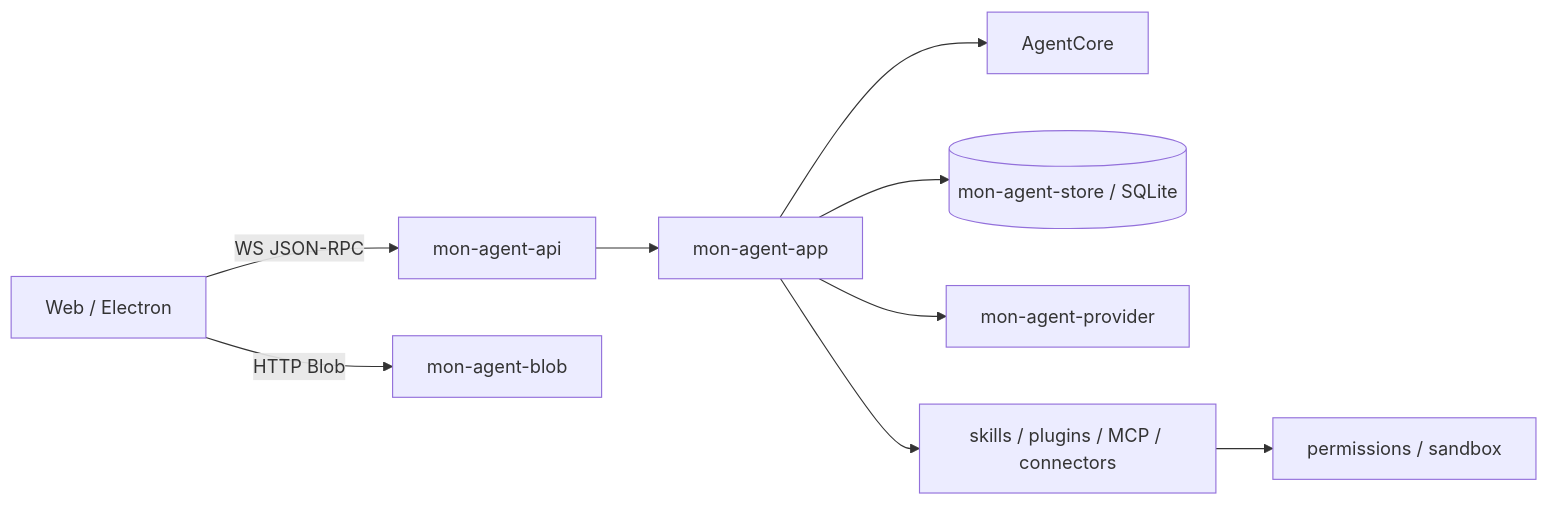
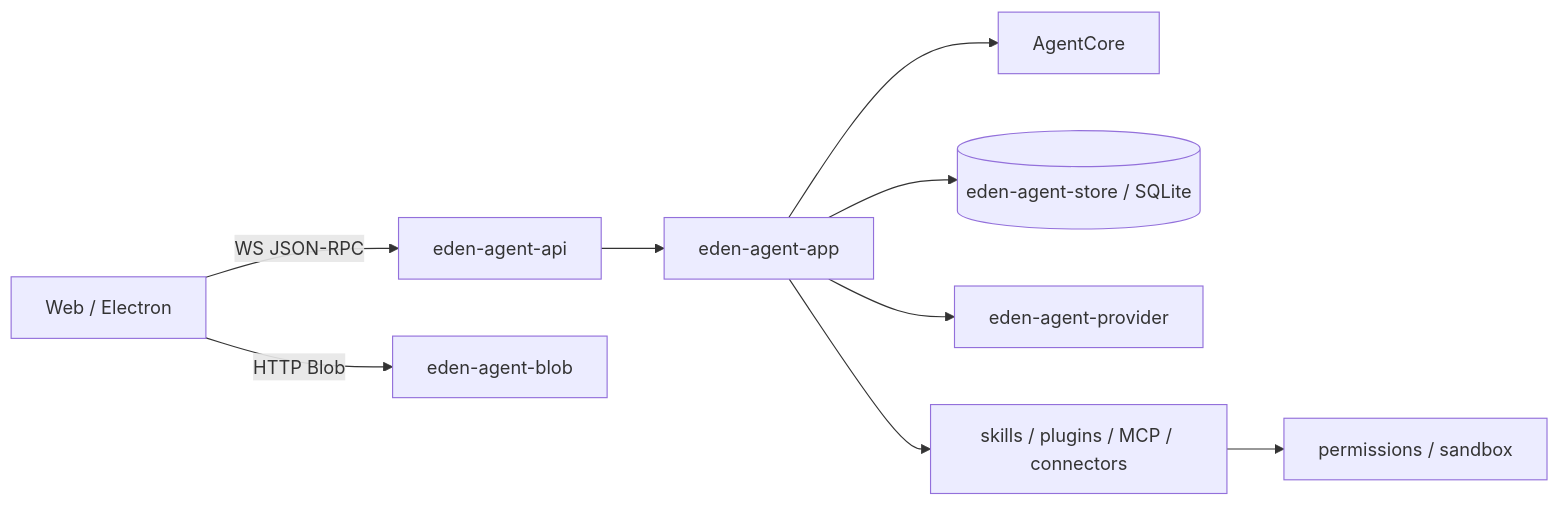
The diagram in README.en.md (jiang357357357/EdenAgentServer), drawn with Mermaid before and after one commit. The commit also changed other lines of this file and 263 other files, not shown here.

Commit message:
refactor: rename MonAgent to Eden Agent

````diff
--- a/README.en.md
+++ b/README.en.md
@@ -32,11 +32,11 @@
 ```mermaid
 flowchart LR
-    Client[Web / Electron] -->|WS JSON-RPC| API[mon-agent-api]
-    Client -->|HTTP Blob| Blob[mon-agent-blob]
-    API --> App[mon-agent-app]
+    Client[Web / Electron] -->|WS JSON-RPC| API[eden-agent-api]
+    Client -->|HTTP Blob| Blob[eden-agent-blob]
+    API --> App[eden-agent-app]
     App --> Core[AgentCore]
-    App --> Store[(mon-agent-store / SQLite)]
-    App --> Provider[mon-agent-provider]
+    App --> Store[(eden-agent-store / SQLite)]
+    App --> Provider[eden-agent-provider]
     App --> Extensions[skills / plugins / MCP / connectors]
     Extensions --> Sandbox[permissions / sandbox]
 ```
````
